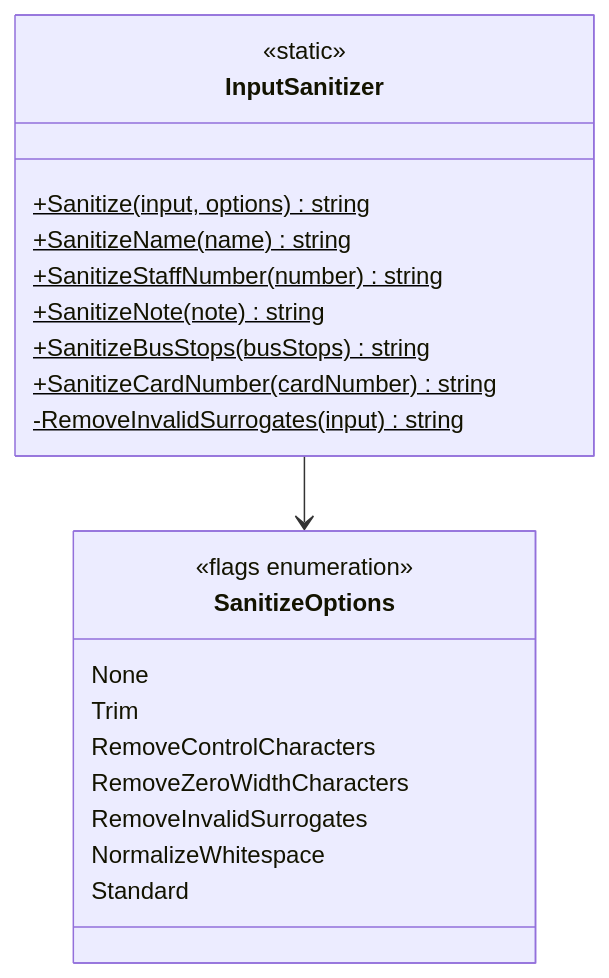
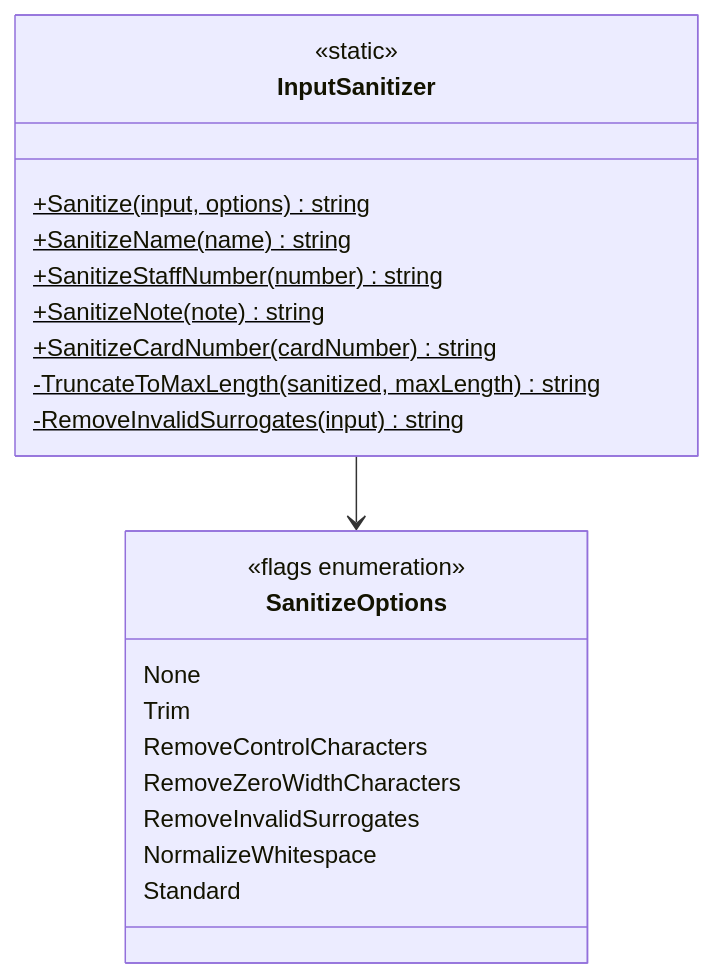
One commit to kuwayamamasayuki/ICCardManager changed diagram 17 of 53 in ICCardManager/docs/design/05_クラス設計書.md. Above: the diagram before and after it, drawn with Mermaid. The commit also changed other lines of this file and 5 other files, not shown here.

````diff
--- a/ICCardManager/docs/design/05_クラス設計書.md
+++ b/ICCardManager/docs/design/05_クラス設計書.md
@@ -1523,26 +1523,26 @@
 ```mermaid
 classDiagram
     class InputSanitizer {
         <<static>>
         +Sanitize(input, options)$ string
         +SanitizeName(name)$ string
         +SanitizeStaffNumber(number)$ string
         +SanitizeNote(note)$ string
-        +SanitizeBusStops(busStops)$ string
         +SanitizeCardNumber(cardNumber)$ string
+        -TruncateToMaxLength(sanitized, maxLength)$ string
         -RemoveInvalidSurrogates(input)$ string
     }
 
     class SanitizeOptions {
         <<flags enumeration>>
         None
         Trim
         RemoveControlCharacters
         RemoveZeroWidthCharacters
         RemoveInvalidSurrogates
         NormalizeWhitespace
         Standard
     }
 
     InputSanitizer --> SanitizeOptions
 ```
````
